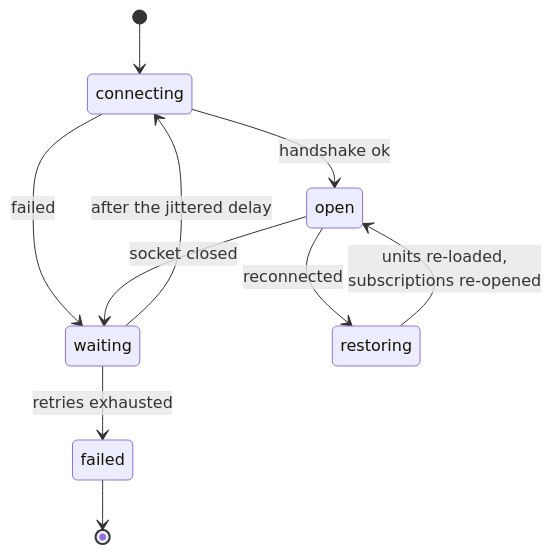
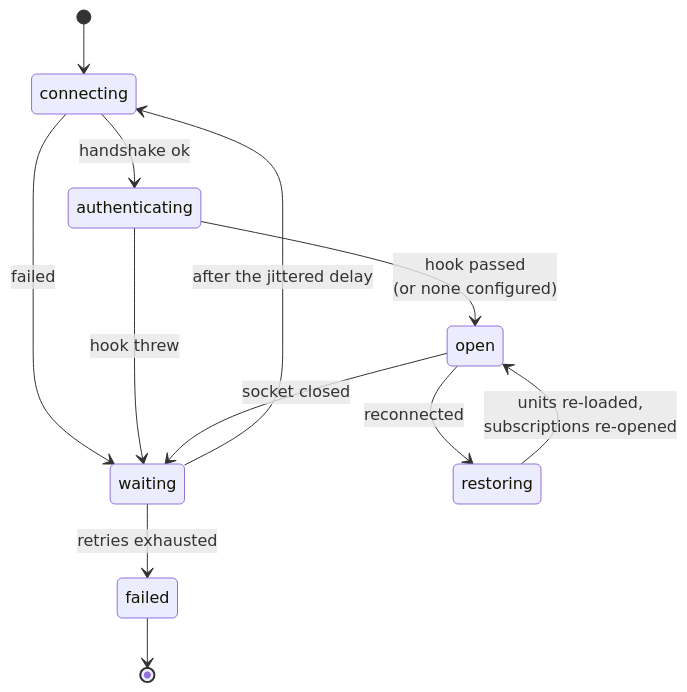
The diagram in docs/guide/client.md (Alexis-Technologies/wrpc), drawn with Mermaid before and after one commit. The commit also changed other lines of this file and 45 other files, not shown here.

````diff
--- a/docs/guide/client.md
+++ b/docs/guide/client.md
@@ -130,12 +134,14 @@
 ```mermaid
 stateDiagram-v2
   [*] --> connecting
-  connecting --> open: handshake ok
+  connecting --> authenticating: handshake ok
   connecting --> waiting: failed
+  authenticating --> open: hook passed<br>(or none configured)
+  authenticating --> waiting: hook threw
   open --> waiting: socket closed
   waiting --> connecting: after the jittered delay
   waiting --> failed: retries exhausted
   open --> restoring: reconnected
   restoring --> open: units re-loaded,<br>subscriptions re-opened
   failed --> [*]
 ```
````
